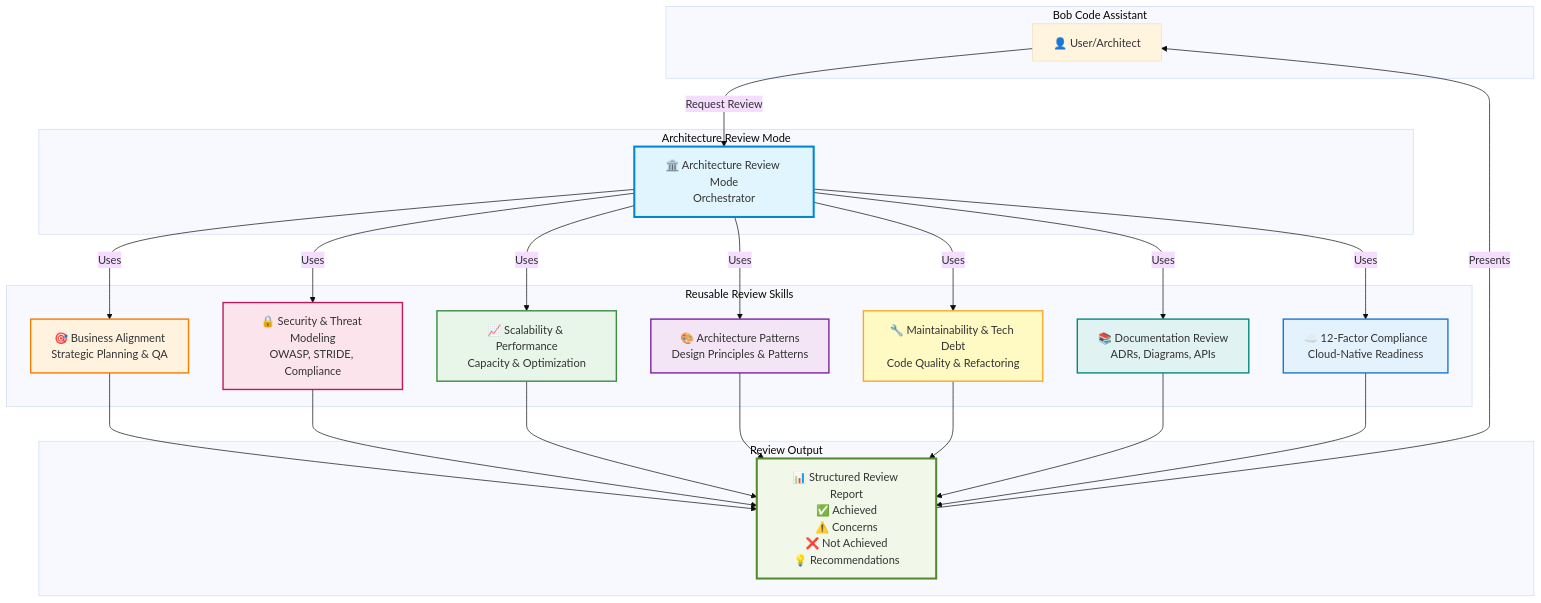
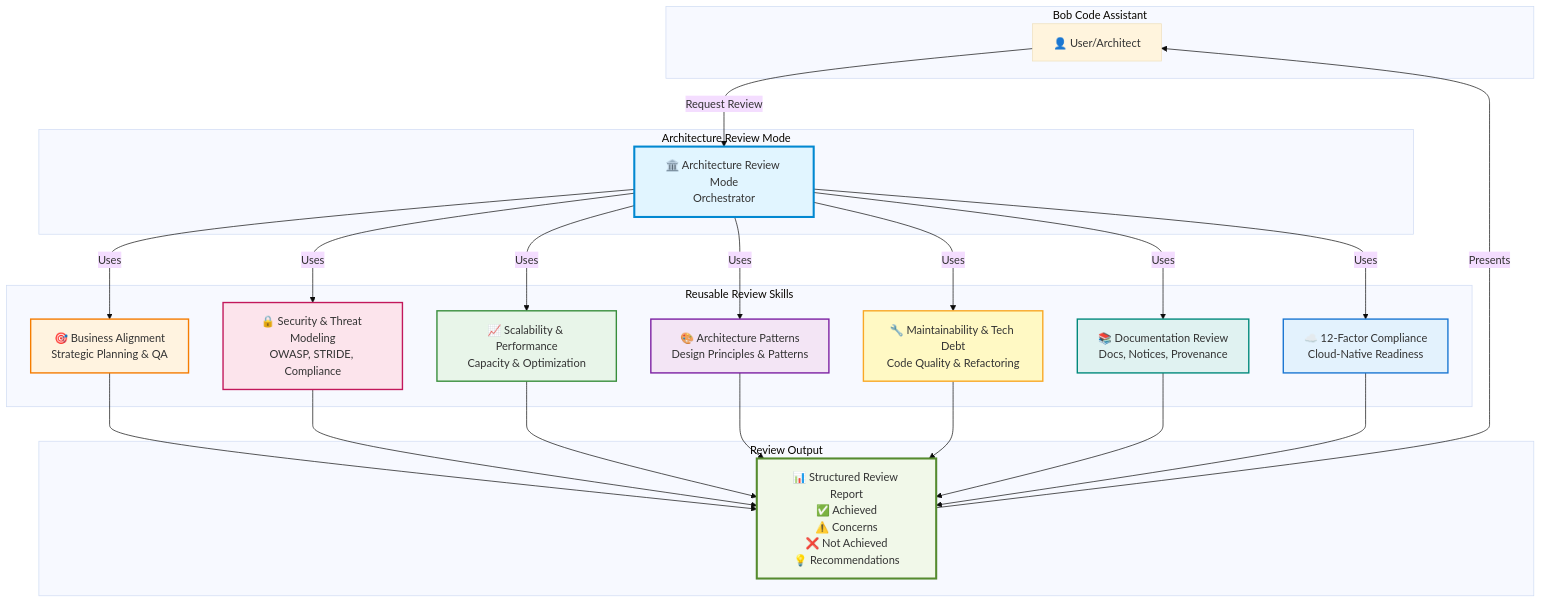
One commit to thomassuedbroecker/review_and_sdd_custom_ibm_bob_configuration_template changed the first of 6 diagrams in .bob/documentation/diagramms/architecture-review-system.md. Above: the diagram before and after it, drawn with Mermaid (base theme). The commit also changed other lines of this file and 7 other files, not shown here.

First line of the commit message:
Align Bob documentation review scope across modes and guides

````diff
--- a/.bob/documentation/diagramms/architecture-review-system.md
+++ b/.bob/documentation/diagramms/architecture-review-system.md
@@ -5,53 +5,53 @@
 ```mermaid
 graph TB
     subgraph "Bob Code Assistant"
         User[👤 User/Architect]
     end
     
     subgraph "Architecture Review Mode"
         Mode[🏛️ Architecture Review Mode<br/>Orchestrator]
     end
     
     subgraph "Reusable Review Skills"
         S1[🎯 Business Alignment<br/>Strategic Planning & QA]
         S2[🔒 Security & Threat Modeling<br/>OWASP, STRIDE, Compliance]
         S3[📈 Scalability & Performance<br/>Capacity & Optimization]
         S4[🎨 Architecture Patterns<br/>Design Principles & Patterns]
         S5[🔧 Maintainability & Tech Debt<br/>Code Quality & Refactoring]
-        S6[📚 Documentation Review<br/>ADRs, Diagrams, APIs]
+        S6[📚 Documentation Review<br/>Docs, Notices, Provenance]
         S7[☁️ 12-Factor Compliance<br/>Cloud-Native Readiness]
     end
     
     subgraph "Review Output"
         Output[📊 Structured Review Report<br/>✅ Achieved<br/>⚠️ Concerns<br/>❌ Not Achieved<br/>💡 Recommendations]
     end
     
     User -->|Request Review| Mode
     Mode -->|Uses| S1
     Mode -->|Uses| S2
     Mode -->|Uses| S3
     Mode -->|Uses| S4
     Mode -->|Uses| S5
     Mode -->|Uses| S6
     Mode -->|Uses| S7
     
     S1 --> Output
     S2 --> Output
     S3 --> Output
     S4 --> Output
     S5 --> Output
     S6 --> Output
     S7 --> Output
     
     Output -->|Presents| User
     
     style Mode fill:#e1f5ff,stroke:#0288d1,stroke-width:3px
     style S1 fill:#fff3e0,stroke:#f57c00,stroke-width:2px
     style S2 fill:#fce4ec,stroke:#c2185b,stroke-width:2px
     style S3 fill:#e8f5e9,stroke:#388e3c,stroke-width:2px
     style S4 fill:#f3e5f5,stroke:#7b1fa2,stroke-width:2px
     style S5 fill:#fff9c4,stroke:#f9a825,stroke-width:2px
     style S6 fill:#e0f2f1,stroke:#00897b,stroke-width:2px
     style S7 fill:#e3f2fd,stroke:#1976d2,stroke-width:2px
     style Output fill:#f1f8e9,stroke:#558b2f,stroke-width:3px
 ```
````
